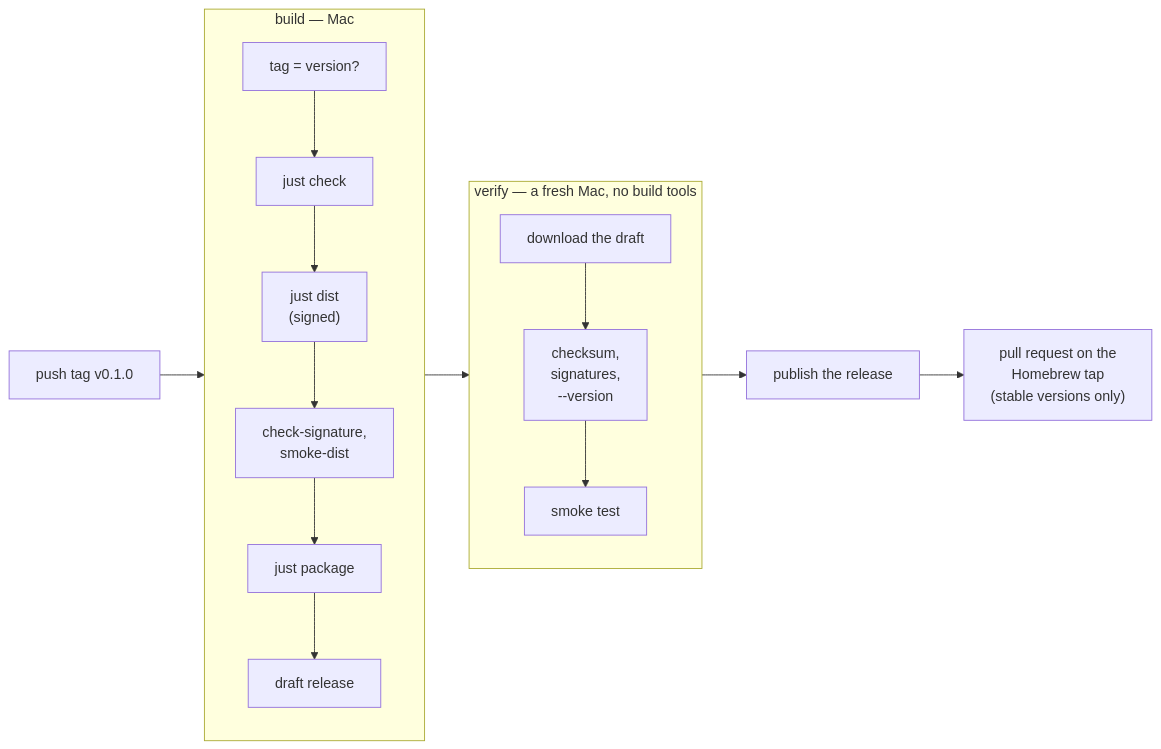
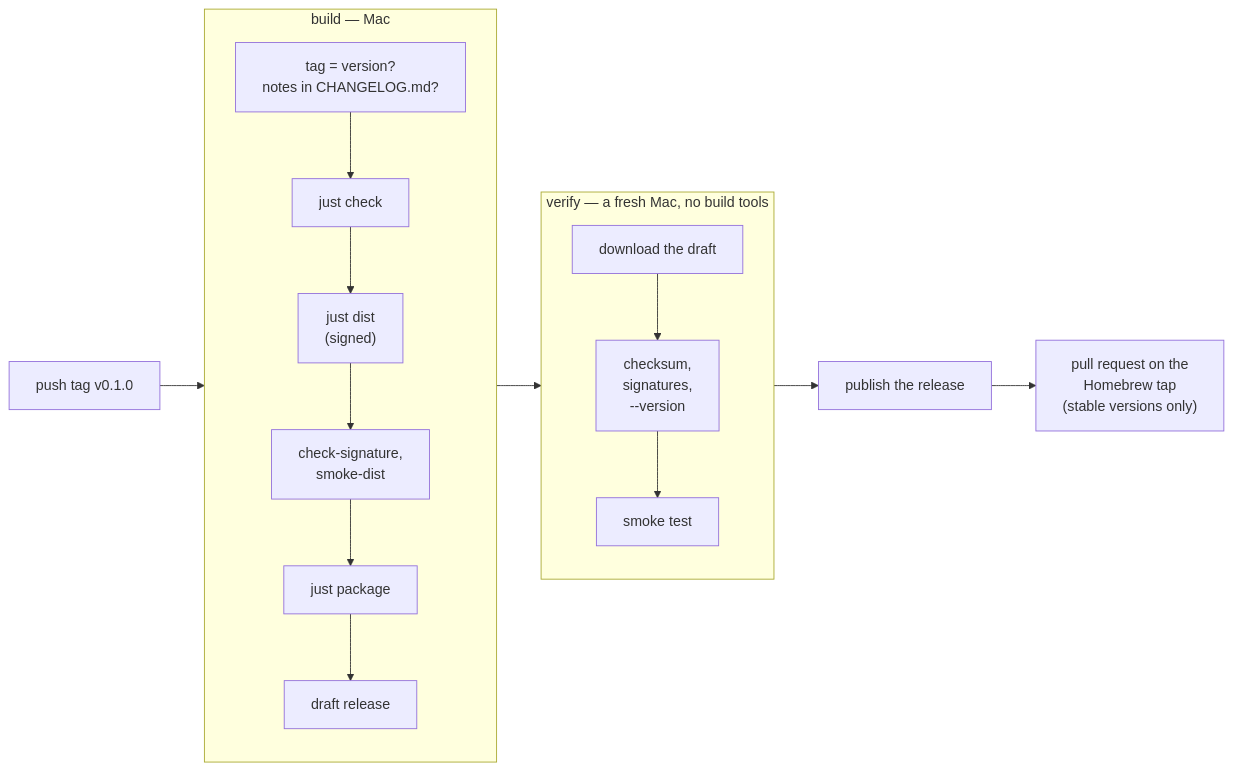
Before and after one commit to MilanPavel/golem: the eighth of 15 diagrams in docs/sre.md, drawn with Mermaid. The commit also changed other lines of this file and 11 other files, not shown here.

Commit message:
feat(release): CHANGELOG.md and release notes from the commits, with just release and just tag

````diff
--- a/docs/sre.md
+++ b/docs/sre.md
@@ -201,13 +254,13 @@
 ```mermaid
 flowchart LR
   tag["push tag v0.1.0"] --> build
   subgraph build ["build — Mac"]
-    b1["tag = version?"] --> b2["just check"] --> b3["just dist<br/>(signed)"] --> b4["check-signature,<br/>smoke-dist"] --> b5["just package"] --> b6["draft release"]
+    b1["tag = version?<br/>notes in CHANGELOG.md?"] --> b2["just check"] --> b3["just dist<br/>(signed)"] --> b4["check-signature,<br/>smoke-dist"] --> b5["just package"] --> b6["draft release"]
   end
   build --> verify
   subgraph verify ["verify — a fresh Mac, no build tools"]
     v1["download the draft"] --> v2["checksum,<br/>signatures,<br/>--version"] --> v3["smoke test"]
   end
   verify --> publish["publish the release"]
   publish --> tap["pull request on the<br/>Homebrew tap<br/>(stable versions only)"]
 ```
````
